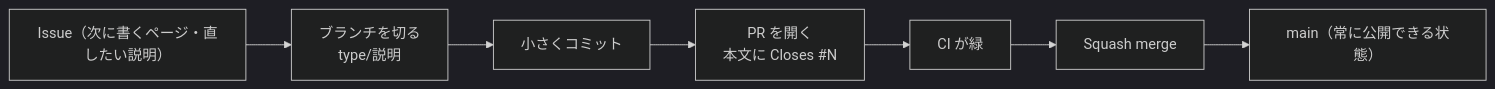
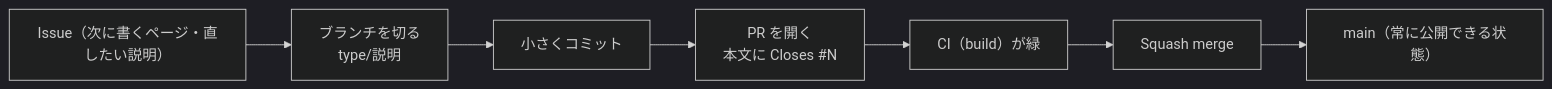
Before and after one commit to toshiki0102/claude-study: the diagram in CONTRIBUTING.md, drawn with Mermaid (dark theme). The commit also changed other lines of this file and 4 other files, not shown here.

````diff
--- a/CONTRIBUTING.md
+++ b/CONTRIBUTING.md
@@ -8,9 +8,9 @@
 ```mermaid
 flowchart LR
     i["Issue（次に書くページ・直したい説明）"] --> br["ブランチを切る<br/>type/説明"]
     br --> work["小さくコミット"]
     work --> pr["PR を開く<br/>本文に Closes #N"]
-    pr --> ci["CI が緑"]
+    pr --> ci["CI（build）が緑"]
     ci --> sq["Squash merge"]
     sq --> main["main（常に公開できる状態）"]
 ```
````
